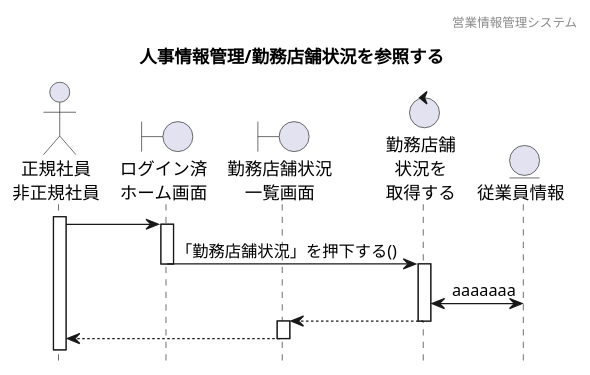
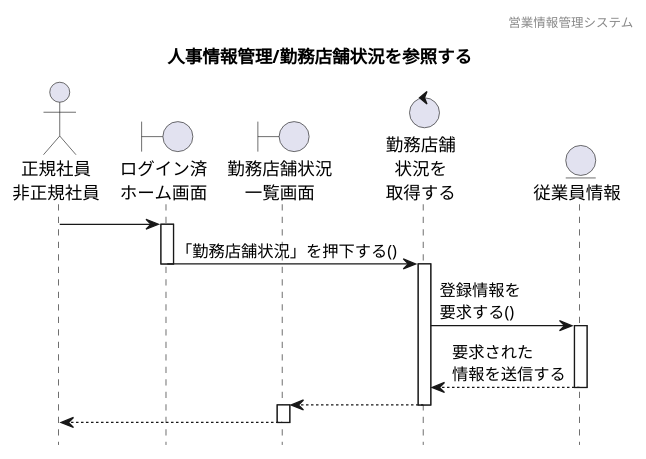
Before and after one commit to HaruShim/Sotuken: the diagram in 各種設計書/4シーケンス図/人事情報管理/3.勤務店舗状況編集/勤務店舗状況参照_未.plantuml, drawn with PlantUML. The commit also changed 5 other files, not shown here.

```diff
--- a/各種設計書/4シーケンス図/人事情報管理/3.勤務店舗状況編集/勤務店舗状況参照_未.plantuml
+++ b/各種設計書/4シーケンス図/人事情報管理/3.勤務店舗状況編集/勤務店舗状況参照_未.plantuml
@@ -1,42 +1,45 @@
 @startuml シーケンス図
 ' 下アイコン除去
 hide footbox
 ' ヘッダー
 header 営業情報管理システム
 ' タイトル
 title 人事情報管理/勤務店舗状況を参照する
 
 
 ' actor "" as 
 actor "正規社員\n非正規社員" as a1
 
 ' boundary "" as 
 boundary "ログイン済\nホーム画面" as b1
 boundary "勤務店舗状況\n一覧画面" as b2
 
 ' control "" as 
 control "勤務店舗\n状況を\n取得する" as c1
 
 ' entity "" as
 entity "従業員情報" as e1
 
 
 ' 長谷川
-activate a1
+
 a1 -> b1
 activate b1
 b1 -> c1 : 「勤務店舗状況」を押下する()
 deactivate
 activate c1
-c1 <-> e1 : aaaaaaa
+c1 -> e1 : 登録情報を\n要求する() 
+activate e1
+e1 --> c1 : 要求された\n情報を送信する
+deactivate
 b2 <-- c1
 deactivate
 activate b2
 a1 <-- b2
 deactivate
 
 
 
 
 
 @enduml
```
